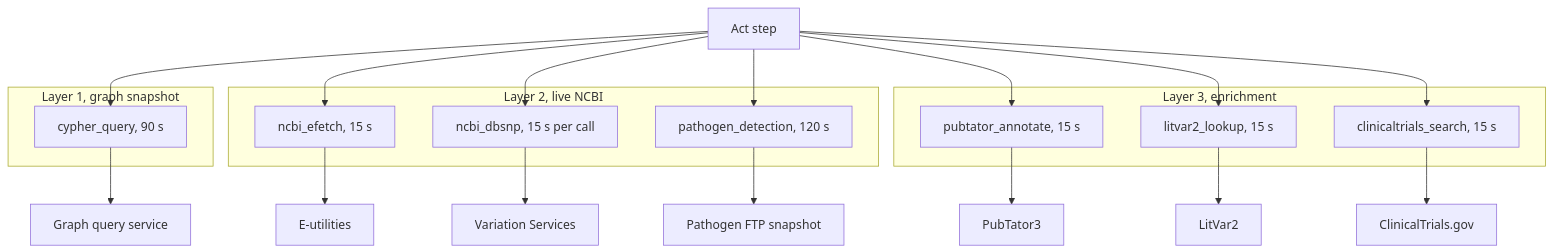
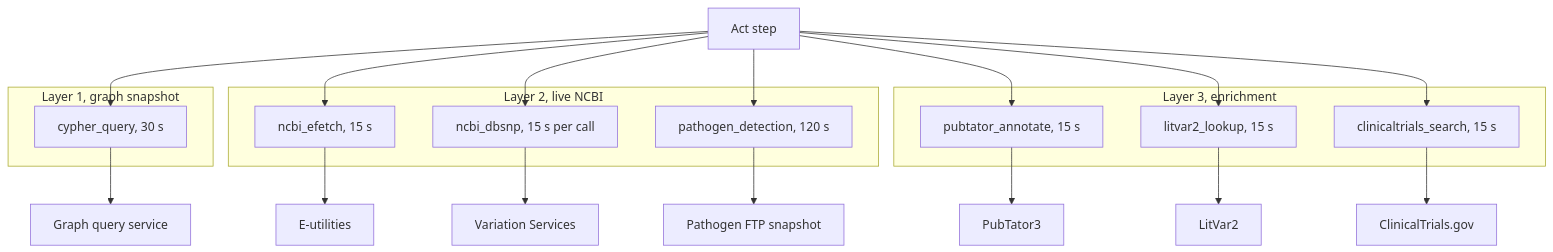
One commit to monideep2255/agentic-search-ui changed the third of 6 diagrams in visualizations/Architecture_diagram.md. Above: the diagram before and after it, drawn with Mermaid. The commit also changed other lines of this file and 1 other file, not shown here.

First line of the commit message:
docs: the architecture diagram and the deep dive match the loop's model calls and the 30 s graph budget

````diff
--- a/visualizations/Architecture_diagram.md
+++ b/visualizations/Architecture_diagram.md
@@ -125,36 +126,36 @@
 ```mermaid
 flowchart TD
     Act["Act step"]
 
     subgraph Layer1["Layer 1, graph snapshot"]
-        CQ["cypher_query, 90 s"]
+        CQ["cypher_query, 30 s"]
     end
 
     subgraph Layer2["Layer 2, live NCBI"]
         EF["ncbi_efetch, 15 s"]
         DB["ncbi_dbsnp, 15 s per call"]
         PD["pathogen_detection, 120 s"]
     end
 
     subgraph Layer3["Layer 3, enrichment"]
         PT["pubtator_annotate, 15 s"]
         LV["litvar2_lookup, 15 s"]
         CT["clinicaltrials_search, 15 s"]
     end
 
     Act --> CQ
     Act --> EF
     Act --> DB
     Act --> PD
     Act --> PT
     Act --> LV
     Act --> CT
 
     CQ --> AGE["Graph query service"]
     EF --> EU["E-utilities"]
     DB --> VS["Variation Services"]
     PD --> FTP["Pathogen FTP snapshot"]
     PT --> PTA["PubTator3"]
     LV --> LVA["LitVar2"]
     CT --> CTA["ClinicalTrials.gov"]
 ```
````
